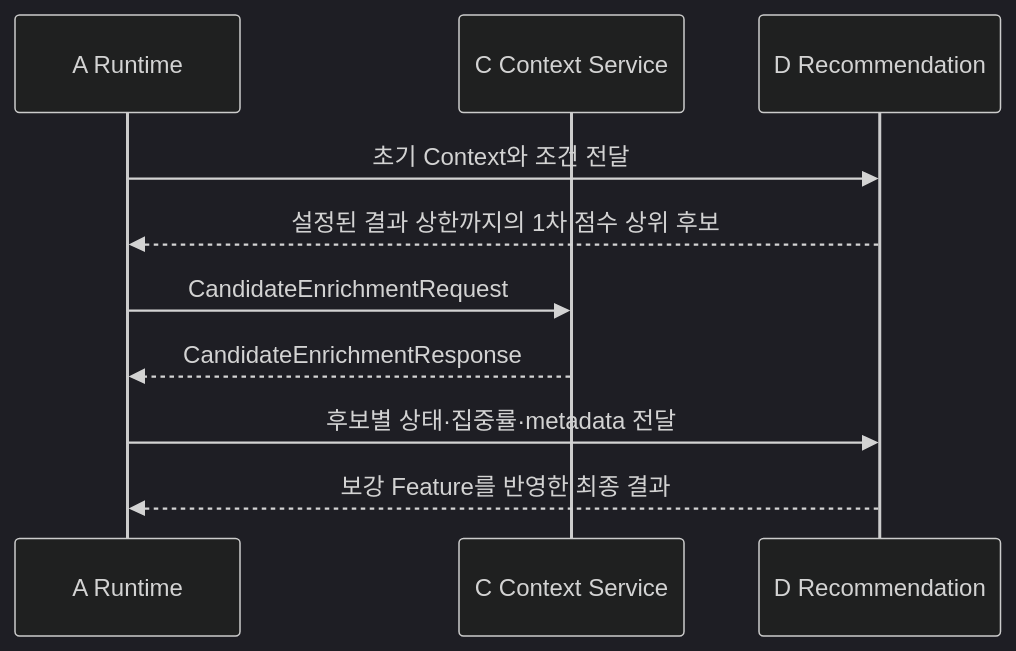
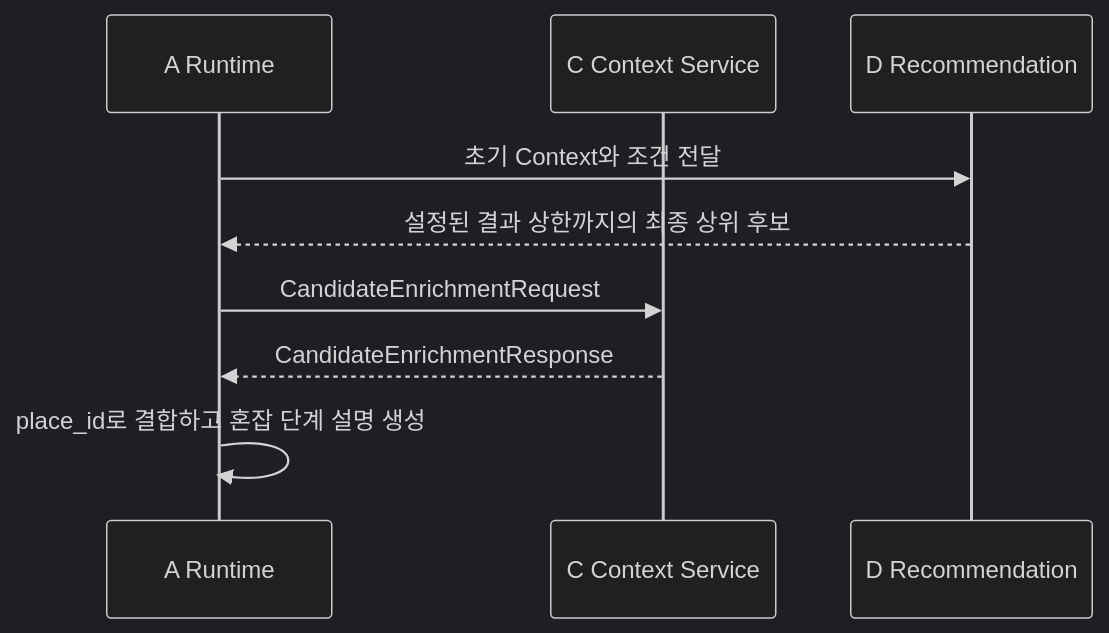
Before and after one commit to genai-TeamROOT/tripbranch: the diagram in docs/design/a-c-context-contract-draft.md, drawn with Mermaid (dark theme). The commit also changed other lines of this file and 5 other files, not shown here.

````diff
--- a/docs/design/a-c-context-contract-draft.md
+++ b/docs/design/a-c-context-contract-draft.md
@@ -408,13 +429,12 @@
 ```mermaid
 sequenceDiagram
     participant A as A Runtime
     participant C as C Context Service
     participant D as D Recommendation
 
     A->>D: 초기 Context와 조건 전달
-    D-->>A: 설정된 결과 상한까지의 1차 점수 상위 후보
+    D-->>A: 설정된 결과 상한까지의 최종 상위 후보
     A->>C: CandidateEnrichmentRequest
     C-->>A: CandidateEnrichmentResponse
-    A->>D: 후보별 상태·집중률·metadata 전달
-    D-->>A: 보강 Feature를 반영한 최종 결과
+    A->>A: place_id로 결합하고 혼잡 단계 설명 생성
 ```
````
